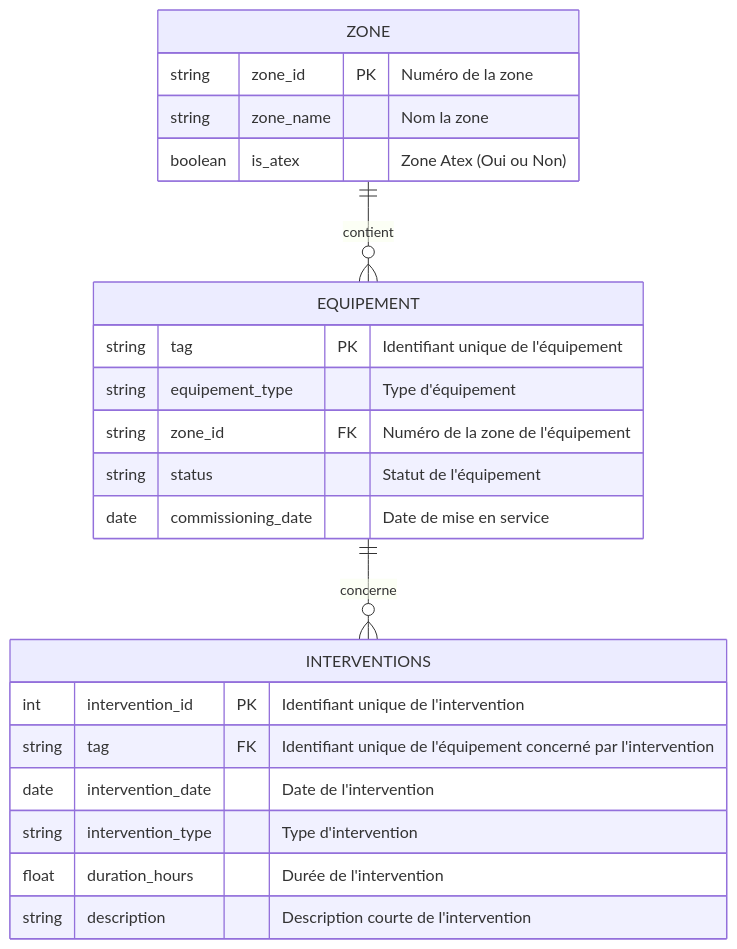
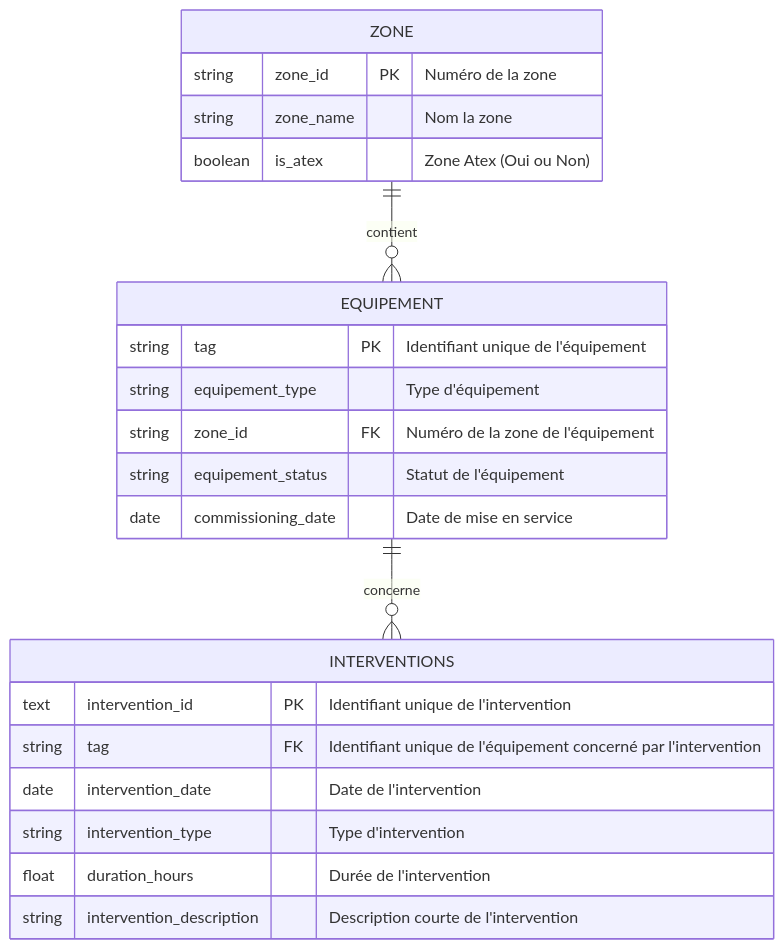
The diagram in README.md (OursBlanc42/SQLdemo), drawn with Mermaid before and after one commit.

Commit message:
feat: Create SQL file
Create SQL file with table creation. Update name used in README.md to avoid use reserved word by SQL

````diff
--- a/README.md
+++ b/README.md
@@ -19,28 +19,28 @@
 ```mermaid
 erDiagram
     ZONE {
         string zone_id PK "Numéro de la zone"
         string zone_name "Nom la zone"
         boolean is_atex "Zone Atex (Oui ou Non)"
     }
 
     EQUIPEMENT {
         string tag PK "Identifiant unique de l'équipement"
         string equipement_type "Type d'équipement"
         string zone_id FK "Numéro de la zone de l'équipement"
-        string status "Statut de l'équipement"
+        string equipement_status "Statut de l'équipement"
         date commissioning_date "Date de mise en service"
     }
 
     INTERVENTIONS {
-        int intervention_id PK "Identifiant unique de l'intervention"
+        text intervention_id PK "Identifiant unique de l'intervention"
         string tag FK "Identifiant unique de l'équipement concerné par l'intervention"
         date intervention_date "Date de l'intervention"
         string intervention_type "Type d'intervention"
         float duration_hours "Durée de l'intervention"
-        string description "Description courte de l'intervention"
+        string intervention_description "Description courte de l'intervention"
     }
 
     ZONE ||--o{ EQUIPEMENT : contient
     EQUIPEMENT ||--o{ INTERVENTIONS : concerne
 ```
````
